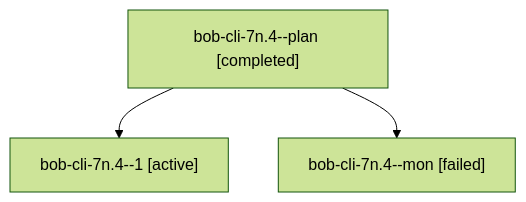
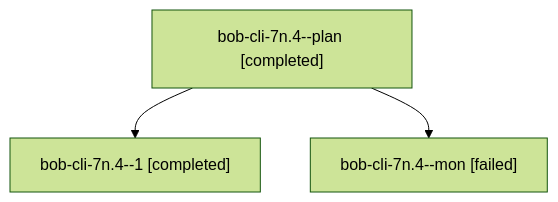
One commit to bobs-org/bob-cli--agents changed the diagram in sessions/bbugyi200.athena.bob-cli-7n.4.md. Above: the diagram before and after it, drawn with Mermaid (forest theme). The commit also changed other lines of this file and 32 other files, not shown here.

````diff
--- a/sessions/bbugyi200.athena.bob-cli-7n.4.md
+++ b/sessions/bbugyi200.athena.bob-cli-7n.4.md
@@ -9,8 +9,8 @@
 ```mermaid
 flowchart TD
   n0["bob-cli-7n.4--plan [completed]"]
-  n1["bob-cli-7n.4--1 [active]"]
+  n1["bob-cli-7n.4--1 [completed]"]
   n0 --> n1
   n2["bob-cli-7n.4--mon [failed]"]
   n0 --> n2
 ```
````
